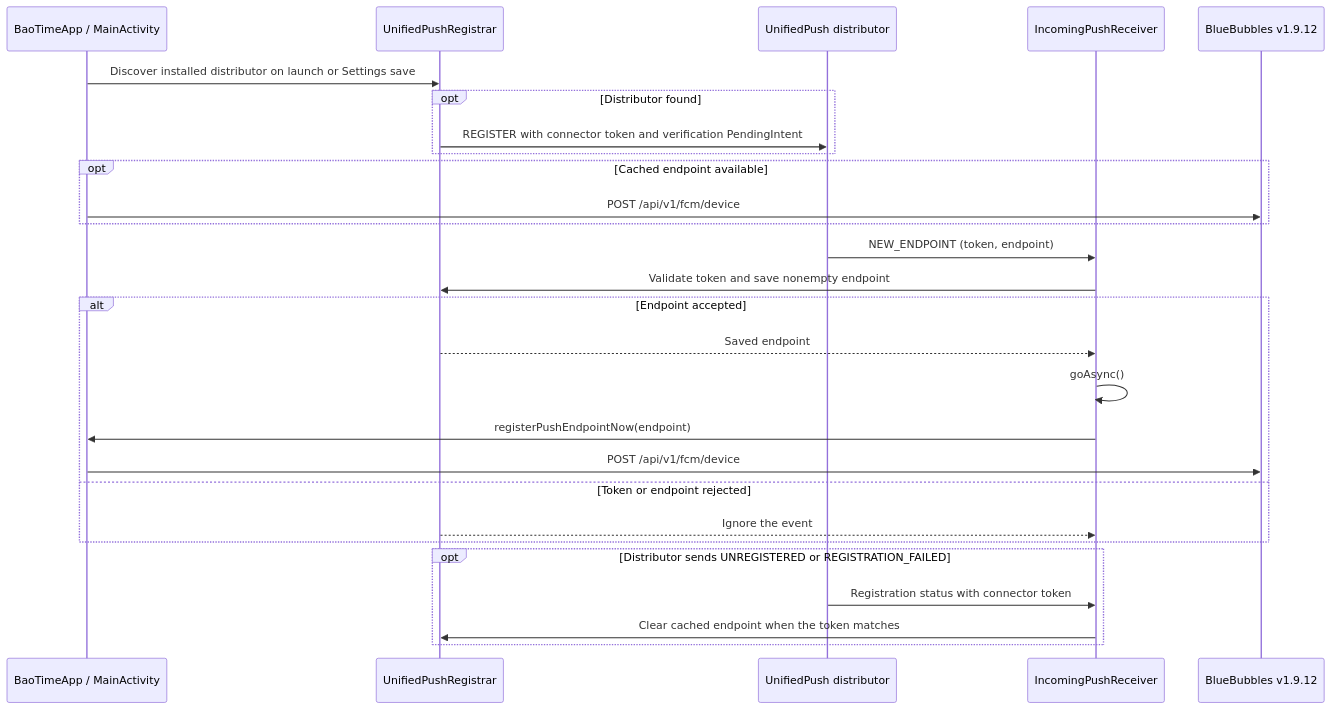
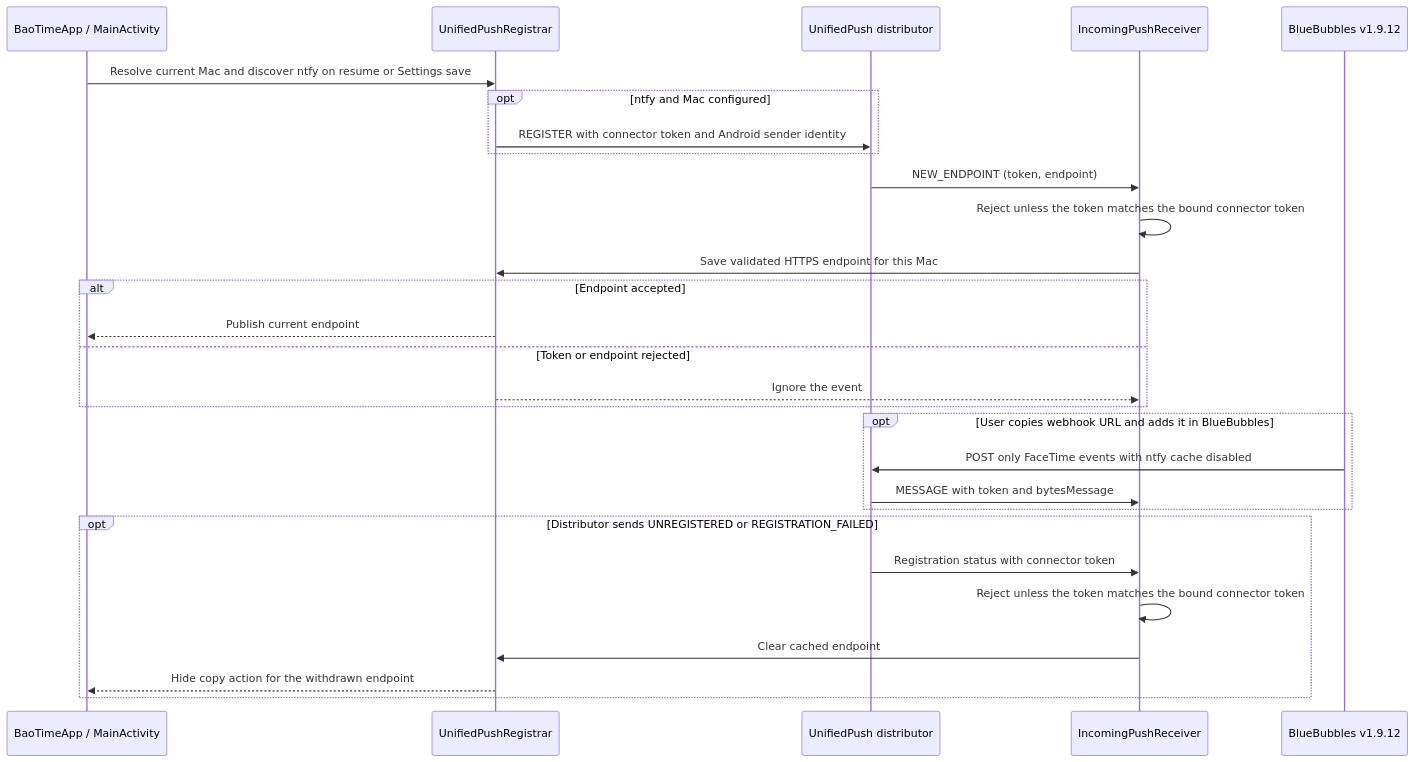
The sixth of 7 diagrams in README.md (d4551/BaoTime), drawn with Mermaid before and after one commit. The commit also changed other lines of this file and 61 other files, not shown here.

````diff
--- a/README.md
+++ b/README.md
@@ -285,30 +289,31 @@
 ```mermaid
 sequenceDiagram
   participant App as BaoTimeApp / MainActivity
   participant Reg as UnifiedPushRegistrar
   participant Dist as UnifiedPush distributor
   participant Rx as IncomingPushReceiver
   participant BB as BlueBubbles v1.9.12
 
-  App->>Reg: Discover installed distributor on launch or Settings save
-  opt Distributor found
-    Reg->>Dist: REGISTER with connector token and verification PendingIntent
-  end
-  opt Cached endpoint available
-    App->>BB: POST /api/v1/fcm/device
+  App->>Reg: Resolve current Mac and discover ntfy on resume or Settings save
+  opt ntfy and Mac configured
+    Reg->>Dist: REGISTER with connector token and Android sender identity
   end
   Dist->>Rx: NEW_ENDPOINT (token, endpoint)
-  Rx->>Reg: Validate token and save nonempty endpoint
+  Rx->>Rx: Reject unless the token matches the bound connector token
+  Rx->>Reg: Save validated HTTPS endpoint for this Mac
   alt Endpoint accepted
-    Reg-->>Rx: Saved endpoint
-    Rx->>Rx: goAsync()
-    Rx->>App: registerPushEndpointNow(endpoint)
-    App->>BB: POST /api/v1/fcm/device
+    Reg-->>App: Publish current endpoint
   else Token or endpoint rejected
     Reg-->>Rx: Ignore the event
   end
+  opt User copies webhook URL and adds it in BlueBubbles
+    BB->>Dist: POST only FaceTime events with ntfy cache disabled
+    Dist->>Rx: MESSAGE with token and bytesMessage
+  end
   opt Distributor sends UNREGISTERED or REGISTRATION_FAILED
     Dist->>Rx: Registration status with connector token
-    Rx->>Reg: Clear cached endpoint when the token matches
+    Rx->>Rx: Reject unless the token matches the bound connector token
+    Rx->>Reg: Clear cached endpoint
+    Reg-->>App: Hide copy action for the withdrawn endpoint
   end
 ```
````
